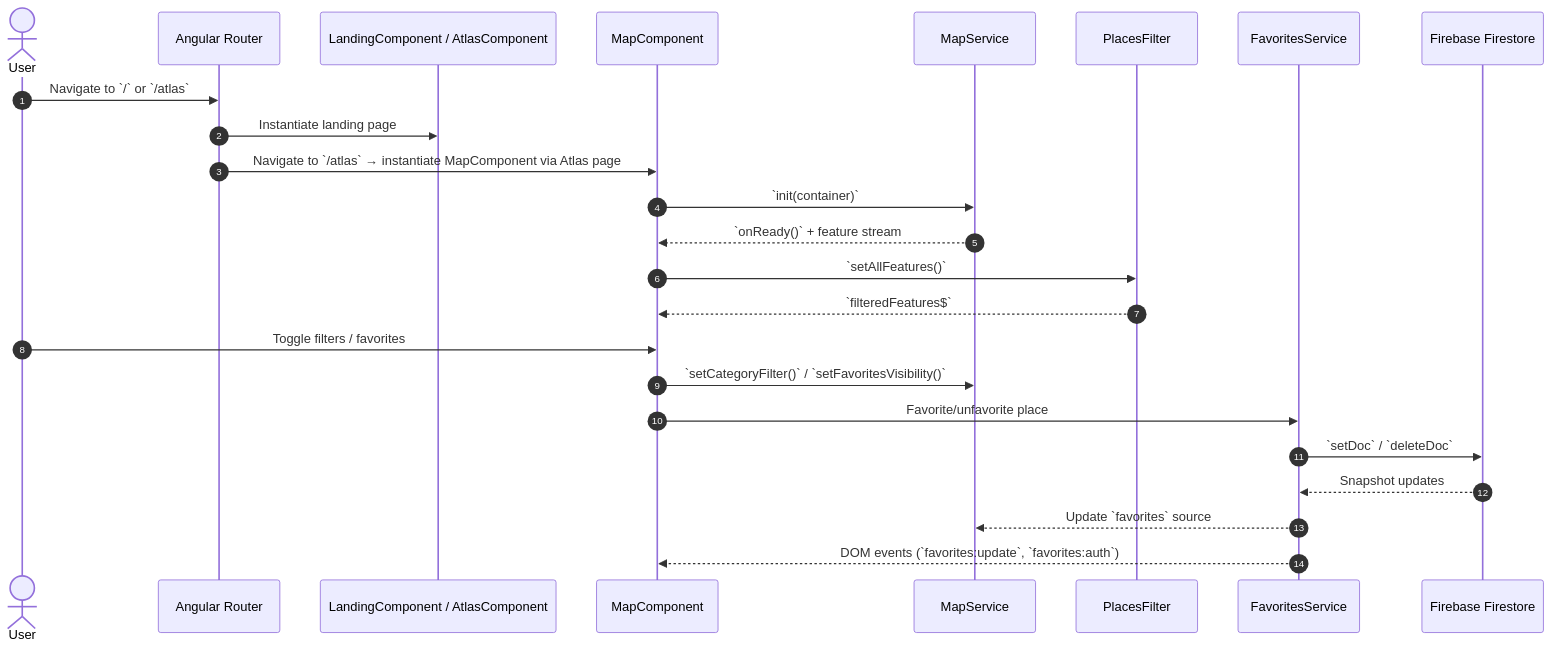
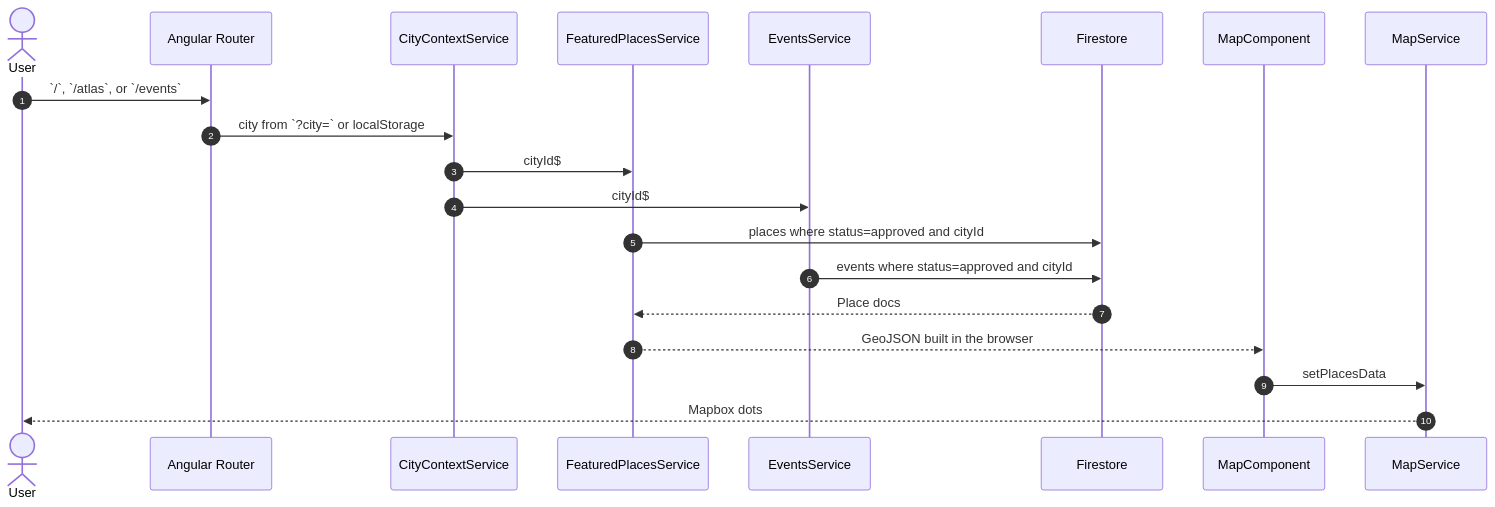
The second of 5 diagrams in DIAGRAMS.md (circeco/circulareconomy2.0), drawn with Mermaid before and after one commit. The commit also changed other lines of this file and 32 other files, not shown here.

````diff
--- a/DIAGRAMS.md
+++ b/DIAGRAMS.md
@@ -6,27 +44,23 @@
 ```mermaid
 sequenceDiagram
-    autonumber
-    actor User
-    participant Router as Angular Router
-    participant Landing as LandingComponent / AtlasComponent
-    participant MapCmp as MapComponent
-    participant MapSvc as MapService
-    participant Places as PlacesFilter
-    participant Fav as FavoritesService
-    participant Store as Firebase Firestore
+  autonumber
+  actor User
+  participant Router as Angular Router
+  participant City as CityContextService
+  participant Places as FeaturedPlacesService
+  participant Events as EventsService
+  participant FS as Firestore
+  participant MapCmp as MapComponent
+  participant MapSvc as MapService
 
-    User->>Router: Navigate to `/` or `/atlas`
-    Router->>Landing: Instantiate landing page
-    Router->>MapCmp: Navigate to `/atlas` → instantiate MapComponent via Atlas page
-    MapCmp->>MapSvc: `init(container)`
-    MapSvc-->>MapCmp: `onReady()` + feature stream
-    MapCmp->>Places: `setAllFeatures()`
-    Places-->>MapCmp: `filteredFeatures$`
-    User->>MapCmp: Toggle filters / favorites
-    MapCmp->>MapSvc: `setCategoryFilter()` / `setFavoritesVisibility()`
-    MapCmp->>Fav: Favorite/unfavorite place
-    Fav->>Store: `setDoc` / `deleteDoc`
-    Store-->>Fav: Snapshot updates
-    Fav-->>MapSvc: Update `favorites` source
-    Fav-->>MapCmp: DOM events (`favorites:update`, `favorites:auth`)
+  User->>Router: `/`, `/atlas`, or `/events`
+  Router->>City: city from `?city=` or localStorage
+  City->>Places: cityId$
+  City->>Events: cityId$
+  Places->>FS: places where status=approved and cityId
+  Events->>FS: events where status=approved and cityId
+  FS-->>Places: Place docs
+  Places-->>MapCmp: GeoJSON built in the browser
+  MapCmp->>MapSvc: setPlacesData
+  MapSvc-->>User: Mapbox dots
 ```
````
